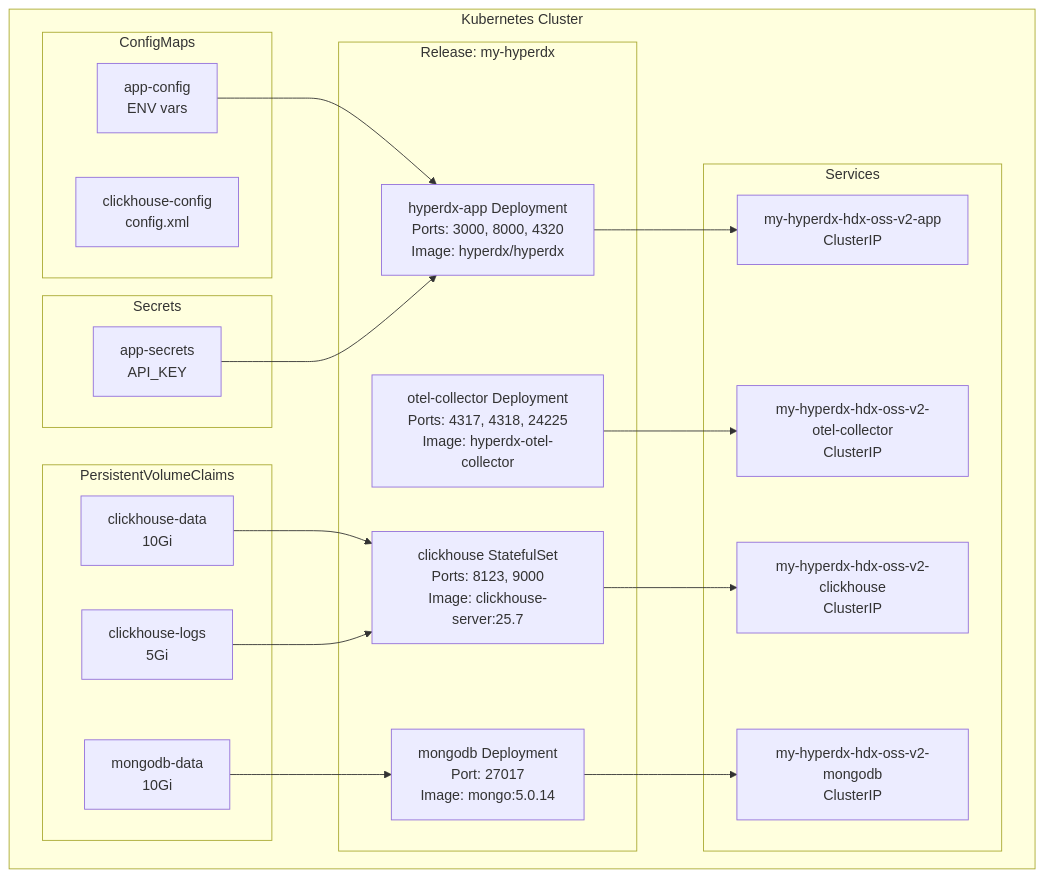
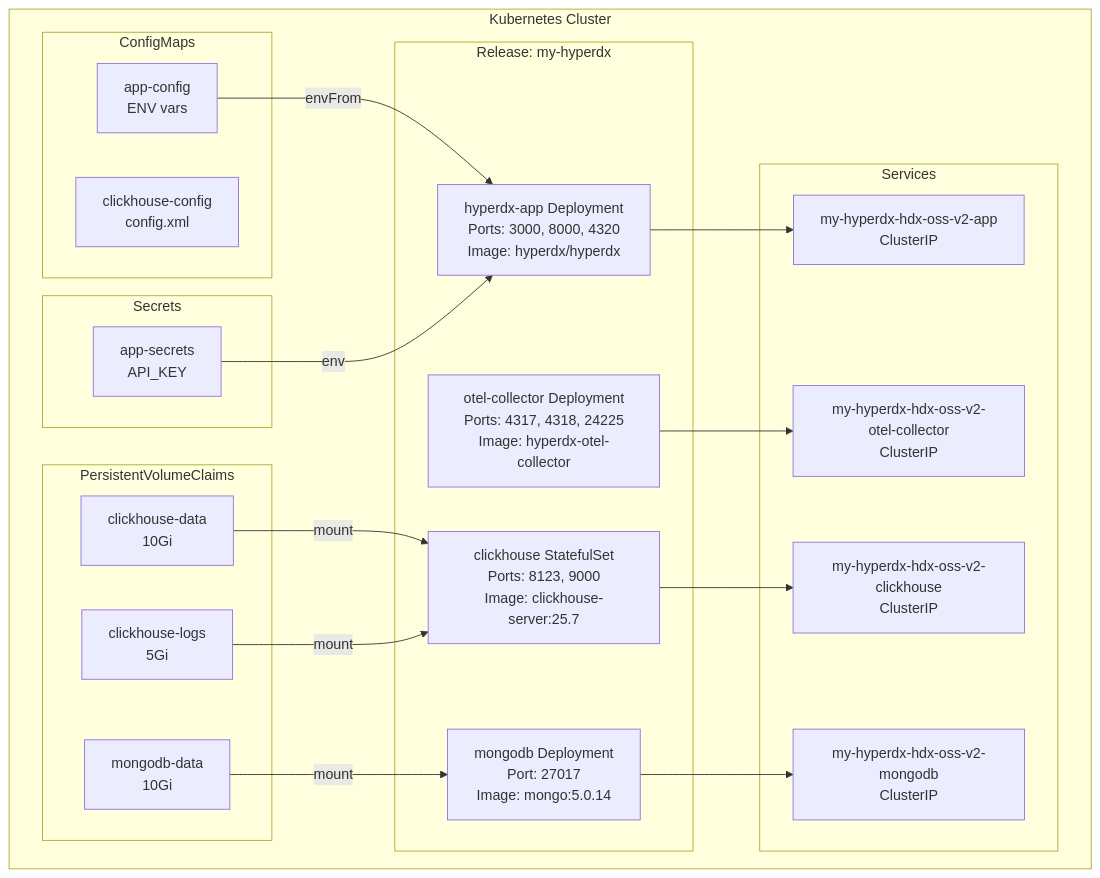
One commit to openchoreo/openchoreo changed the first of 4 diagrams in docs/hyperdxio-helm-charts-docs/Quick-Start-Guide.md. Above: the diagram before and after it, drawn with Mermaid. The commit also changed other lines of this file and 85 other files, not shown here.

Commit message:
feat: Add new workflow and specification templates, update Helm chart dependencies, and clarify documentation diagrams.

````diff
--- a/docs/hyperdxio-helm-charts-docs/Quick-Start-Guide.md
+++ b/docs/hyperdxio-helm-charts-docs/Quick-Start-Guide.md
@@ -42,59 +42,59 @@
 ```mermaid
 flowchart TD
 
 CHPVC1["clickhouse-data<br>10Gi"]
 App["hyperdx-app Deployment<br>Ports: 3000, 8000, 4320<br>Image: hyperdx/hyperdx"]
 AppSvc["my-hyperdx-hdx-oss-v2-app<br>ClusterIP"]
 OTEL["otel-collector Deployment<br>Ports: 4317, 4318, 24225<br>Image: hyperdx-otel-collector"]
 OTELSvc["my-hyperdx-hdx-oss-v2-otel-collector<br>ClusterIP"]
 CH["clickhouse StatefulSet<br>Ports: 8123, 9000<br>Image: clickhouse-server:25.7"]
 CHSvc["my-hyperdx-hdx-oss-v2-clickhouse<br>ClusterIP"]
 Mongo["mongodb Deployment<br>Port: 27017<br>Image: mongo:5.0.14"]
 MongoSvc["my-hyperdx-hdx-oss-v2-mongodb<br>ClusterIP"]
 AppCM["app-config<br>ENV vars"]
 AppSecret["app-secrets<br>API_KEY"]
 CHPVC2["clickhouse-logs<br>5Gi"]
 MongoPVC["mongodb-data<br>10Gi"]
 CHCM["clickhouse-config<br>config.xml"]
 
 subgraph subGraph5 ["Kubernetes Cluster"]
     App --> AppSvc
     OTEL --> OTELSvc
     CH --> CHSvc
     Mongo --> MongoSvc
-    AppCM --> App
-    AppSecret --> App
-    CHPVC1 --> CH
-    CHPVC2 --> CH
-    MongoPVC --> Mongo
+    AppCM -->|"envFrom"| App
+    AppSecret -->|"env"| App
+    CHPVC1 -->|"mount"| CH
+    CHPVC2 -->|"mount"| CH
+    MongoPVC -->|"mount"| Mongo
 
 subgraph PersistentVolumeClaims ["PersistentVolumeClaims"]
     CHPVC1
     CHPVC2
     MongoPVC
 end
 
 subgraph Secrets ["Secrets"]
     AppSecret
 end
 
 subgraph ConfigMaps ["ConfigMaps"]
     AppCM
     CHCM
 end
 
 subgraph Services ["Services"]
     AppSvc
     OTELSvc
     CHSvc
     MongoSvc
 end
 
 subgraph subGraph0 ["Release: my-hyperdx"]
     App
     OTEL
     CH
     Mongo
 end
 end
 ```
````
